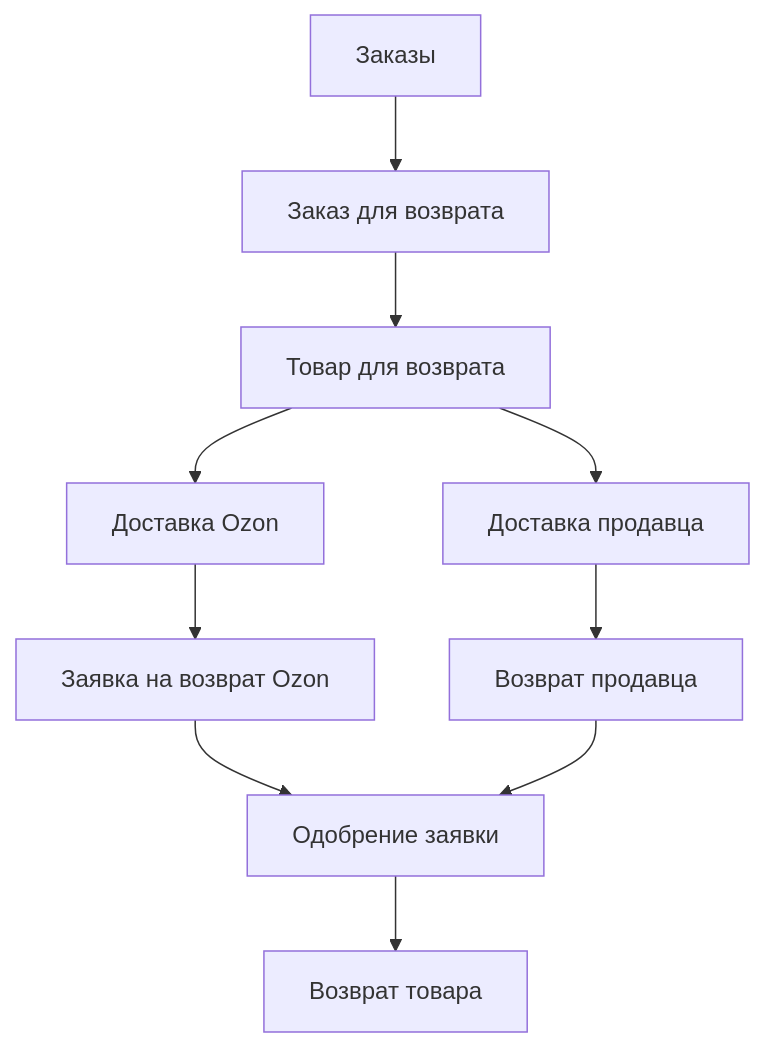
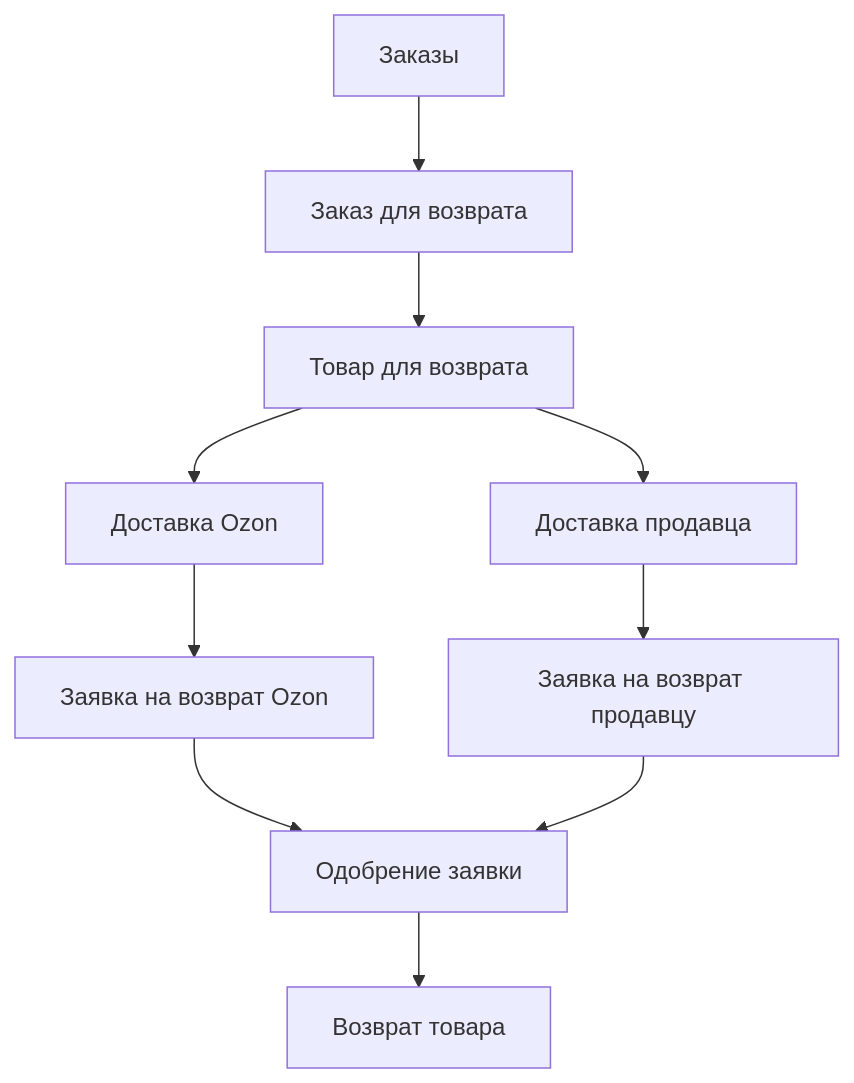
Before and after one commit to milaserebriakova/ozon_test: the third of 3 diagrams in test.md, drawn with Mermaid.

````diff
--- a/test.md
+++ b/test.md
@@ -29,12 +29,12 @@
 ```mermaid
 flowchart TD
 A[Заказы] --> B[Заказ для возврата]
 B[Заказ для возврата] --> C[Товар для возврата]
 C[Товар для возврата] --> D[Доставка Ozon]
 C[Товар для возврата] --> E[Доставка продавца]
 D[Доставка Ozon] --> F[Заявка на возврат Ozon]
 E[Доставка продавца] --> G[Заявка на возврат продавцу]
 F[Заявка на возврат Ozon] --> I[Одобрение заявки]
-G[Возврат продавца] --> I[Одобрение заявки]
+G[Заявка на возврат продавцу] --> I[Одобрение заявки]
 I[Одобрение заявки] --> J[Возврат товара]
 ```
````
